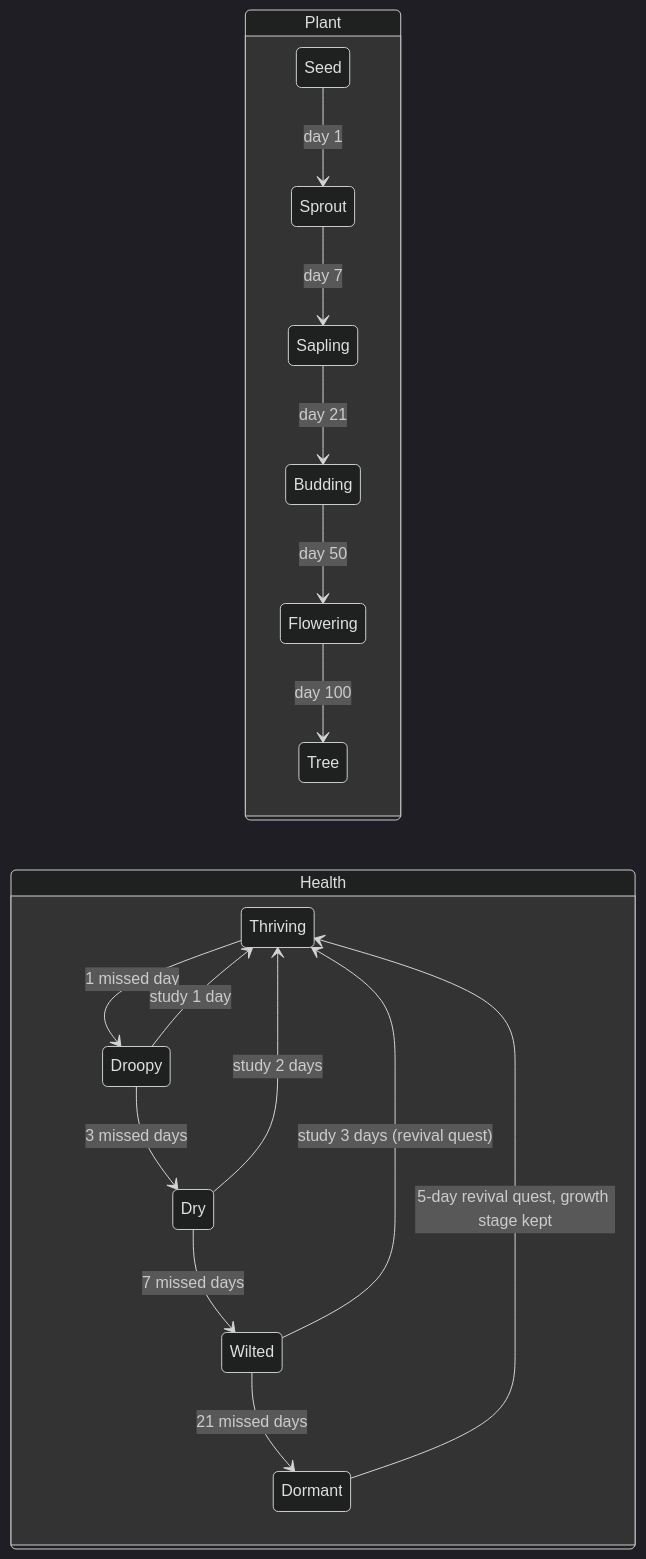
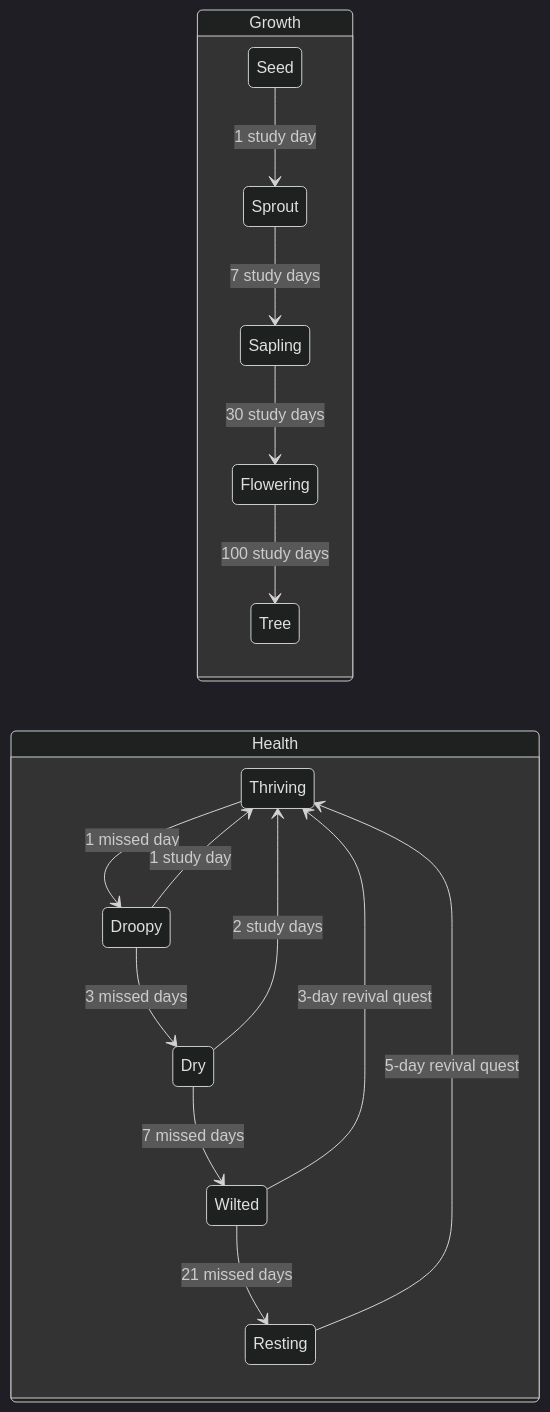
The seventh of 9 diagrams in docs/APP_FLOW.md (saksham1991999/smriti), drawn with Mermaid (dark theme) before and after one commit. The commit also changed other lines of this file and 17 other files, not shown here.

````diff
--- a/docs/APP_FLOW.md
+++ b/docs/APP_FLOW.md
@@ -176,21 +226,20 @@
 ```mermaid
 stateDiagram-v2
   direction LR
-  state Plant {
-    Seed --> Sprout: day 1
-    Sprout --> Sapling: day 7
-    Sapling --> Budding: day 21
-    Budding --> Flowering: day 50
-    Flowering --> Tree: day 100
+  state Growth {
+    Seed --> Sprout: 1 study day
+    Sprout --> Sapling: 7 study days
+    Sapling --> Flowering: 30 study days
+    Flowering --> Tree: 100 study days
   }
   state Health {
     Thriving --> Droopy: 1 missed day
     Droopy --> Dry: 3 missed days
     Dry --> Wilted: 7 missed days
-    Wilted --> Dormant: 21 missed days
-    Droopy --> Thriving: study 1 day
-    Dry --> Thriving: study 2 days
-    Wilted --> Thriving: study 3 days (revival quest)
-    Dormant --> Thriving: 5-day revival quest, growth stage kept
+    Wilted --> Resting: 21 missed days
+    Droopy --> Thriving: 1 study day
+    Dry --> Thriving: 2 study days
+    Wilted --> Thriving: 3-day revival quest
+    Resting --> Thriving: 5-day revival quest
   }
 ```
````
